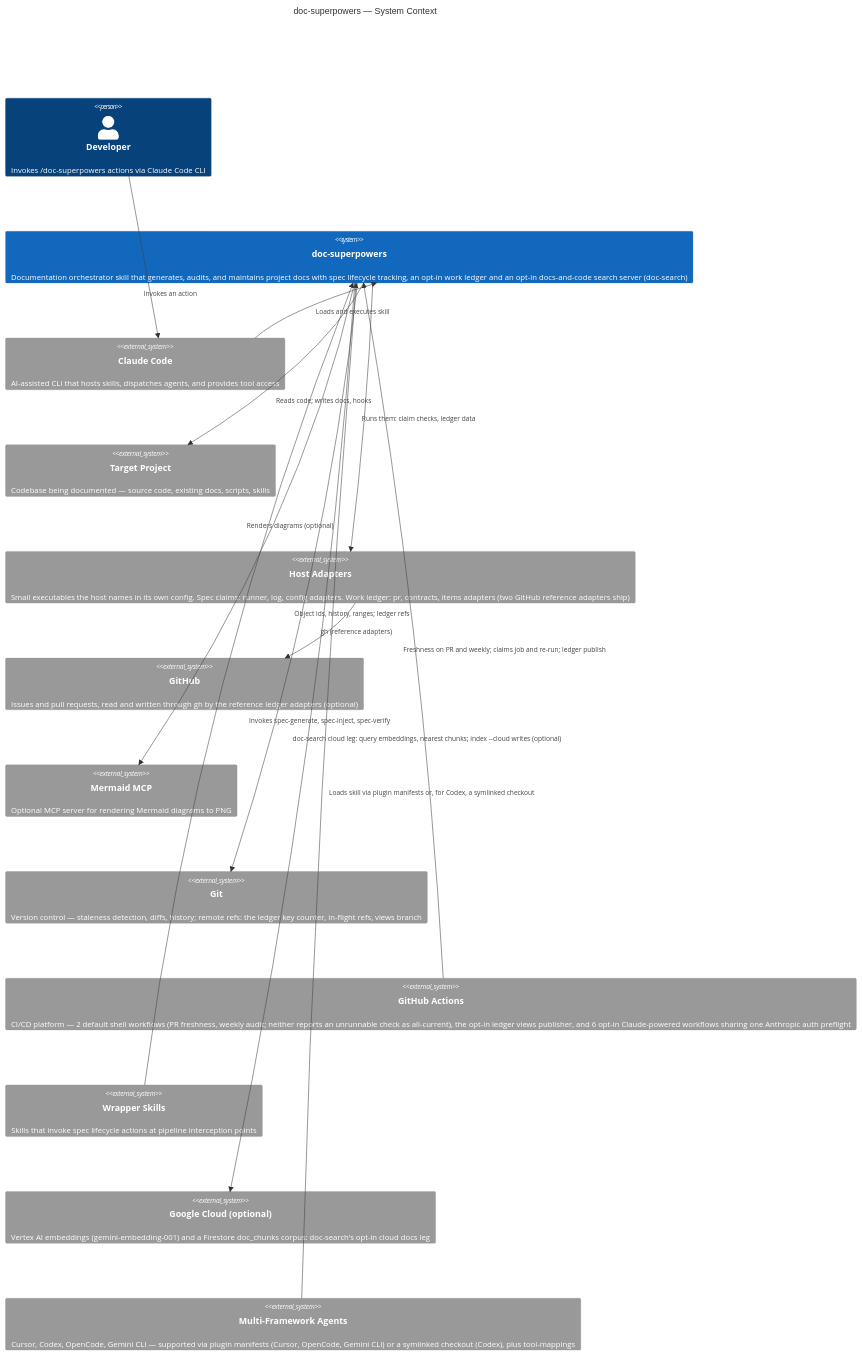
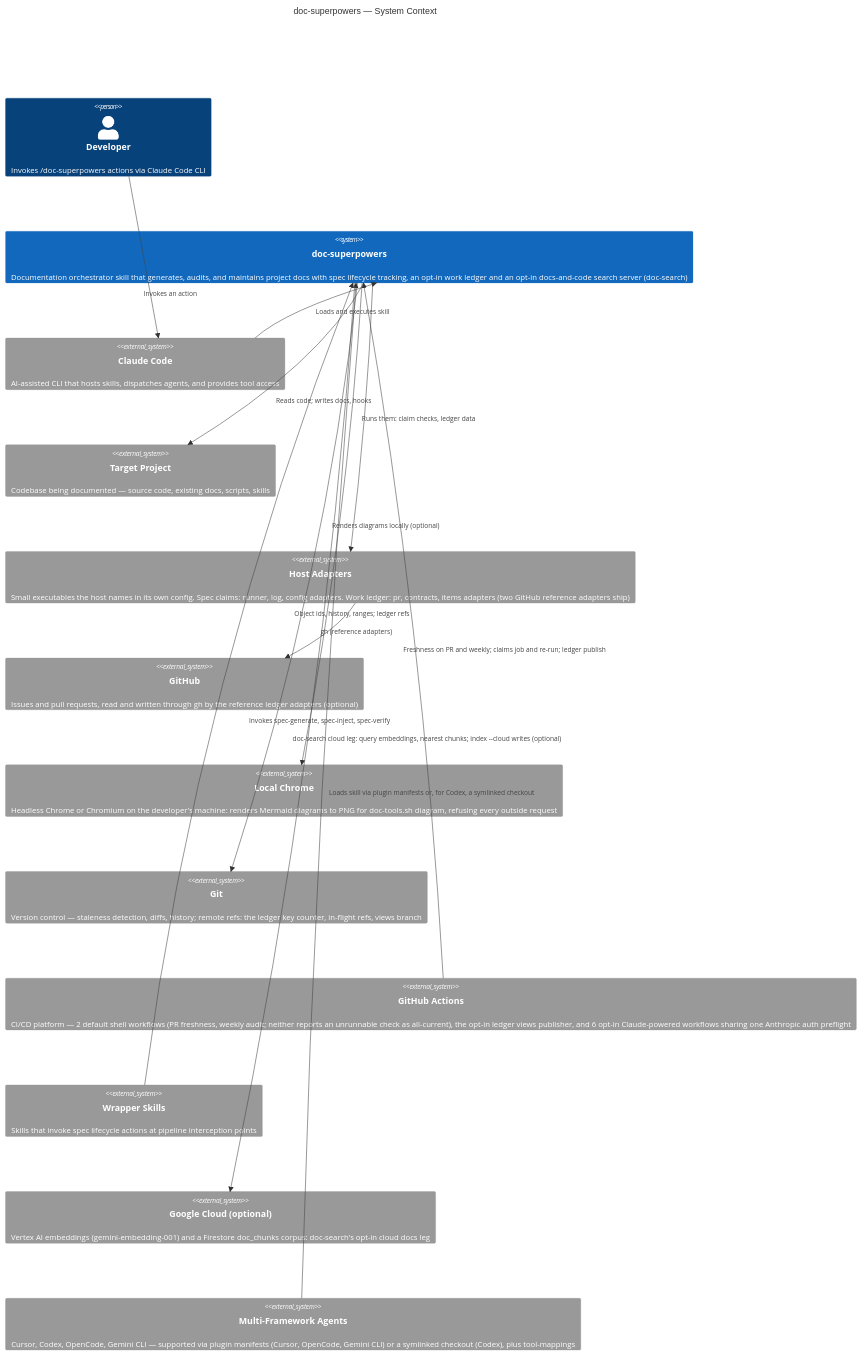
The first of 2 diagrams in docs/architecture/system-overview.md (woodrowpearson/doc-superpowers), drawn with Mermaid before and after one commit. The commit also changed other lines of this file and 13 other files, not shown here.

First line of the commit message:
docs: render diagrams with doc-tools.sh diagram everywhere the skill and docs say how

````diff
--- a/docs/architecture/system-overview.md
+++ b/docs/architecture/system-overview.md
@@ -18,36 +18,36 @@
 ```mermaid
 C4Context
   title doc-superpowers — System Context
 
   Person(dev, "Developer", "Invokes /doc-superpowers actions via Claude Code CLI")
 
   System(skill, "doc-superpowers", "Documentation orchestrator skill that generates, audits, and maintains project docs with spec lifecycle tracking, an opt-in work ledger and an opt-in docs-and-code search server (doc-search)")
 
   System_Ext(claude_code, "Claude Code", "AI-assisted CLI that hosts skills, dispatches agents, and provides tool access")
   System_Ext(project, "Target Project", "Codebase being documented — source code, existing docs, scripts, skills")
   System_Ext(adapters, "Host Adapters", "Small executables the host names in its own config. Spec claims: runner, log, config adapters. Work ledger: pr, contracts, items adapters (two GitHub reference adapters ship)")
   System_Ext(github, "GitHub", "Issues and pull requests, read and written through gh by the reference ledger adapters (optional)")
-  System_Ext(mermaid_mcp, "Mermaid MCP", "Optional MCP server for rendering Mermaid diagrams to PNG")
+  System_Ext(chrome, "Local Chrome", "Headless Chrome or Chromium on the developer's machine: renders Mermaid diagrams to PNG for doc-tools.sh diagram, refusing every outside request")
   System_Ext(git, "Git", "Version control — staleness detection, diffs, history; remote refs: the ledger key counter, in-flight refs, views branch")
   System_Ext(ci, "GitHub Actions", "CI/CD platform — 2 default shell workflows (PR freshness, weekly audit; neither reports an unrunnable check as all-current), the opt-in ledger views publisher, and 6 opt-in Claude-powered workflows sharing one Anthropic auth preflight")
   System_Ext(wrapper, "Wrapper Skills", "Skills that invoke spec lifecycle actions at pipeline interception points")
   System_Ext(gcloud, "Google Cloud (optional)", "Vertex AI embeddings (gemini-embedding-001) and a Firestore doc_chunks corpus: doc-search's opt-in cloud docs leg")
   System_Ext(frameworks, "Multi-Framework Agents", "Cursor, Codex, OpenCode, Gemini CLI — supported via plugin manifests (Cursor, OpenCode, Gemini CLI) or a symlinked checkout (Codex), plus tool-mappings")
 
   Rel(dev, claude_code, "Invokes an action")
   Rel(claude_code, skill, "Loads and executes skill")
   Rel(skill, project, "Reads code; writes docs, hooks")
   Rel(skill, adapters, "Runs them: claim checks, ledger data")
   Rel(adapters, github, "gh (reference adapters)")
-  Rel(skill, mermaid_mcp, "Renders diagrams (optional)")
+  Rel(skill, chrome, "Renders diagrams locally (optional)")
   Rel(skill, git, "Object ids, history, ranges; ledger refs")
   Rel(ci, skill, "Freshness on PR and weekly; claims job and re-run; ledger publish")
   Rel(wrapper, skill, "Invokes spec-generate, spec-inject, spec-verify")
   Rel(frameworks, skill, "Loads skill via plugin manifests or, for Codex, a symlinked checkout")
   Rel(skill, gcloud, "doc-search cloud leg: query embeddings, nearest chunks; index --cloud writes (optional)")
   UpdateRelStyle(dev, claude_code, $offsetX="0", $offsetY="64")
   UpdateRelStyle(skill, project, $offsetX="0", $offsetY="64")
   UpdateRelStyle(skill, git, $offsetX="0", $offsetY="64")
   UpdateRelStyle(ci, skill, $offsetX="0", $offsetY="32")
   UpdateRelStyle(wrapper, skill, $offsetX="0", $offsetY="64")
 ```
````
